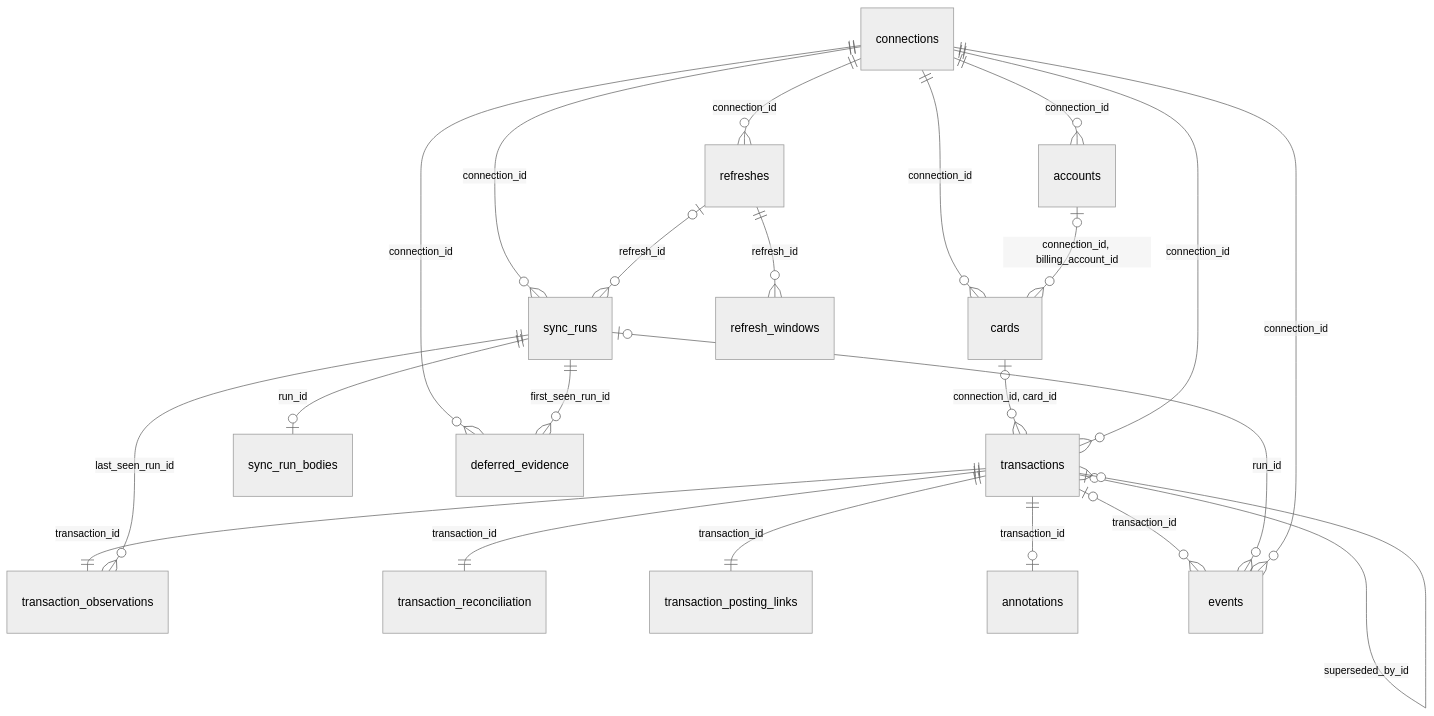
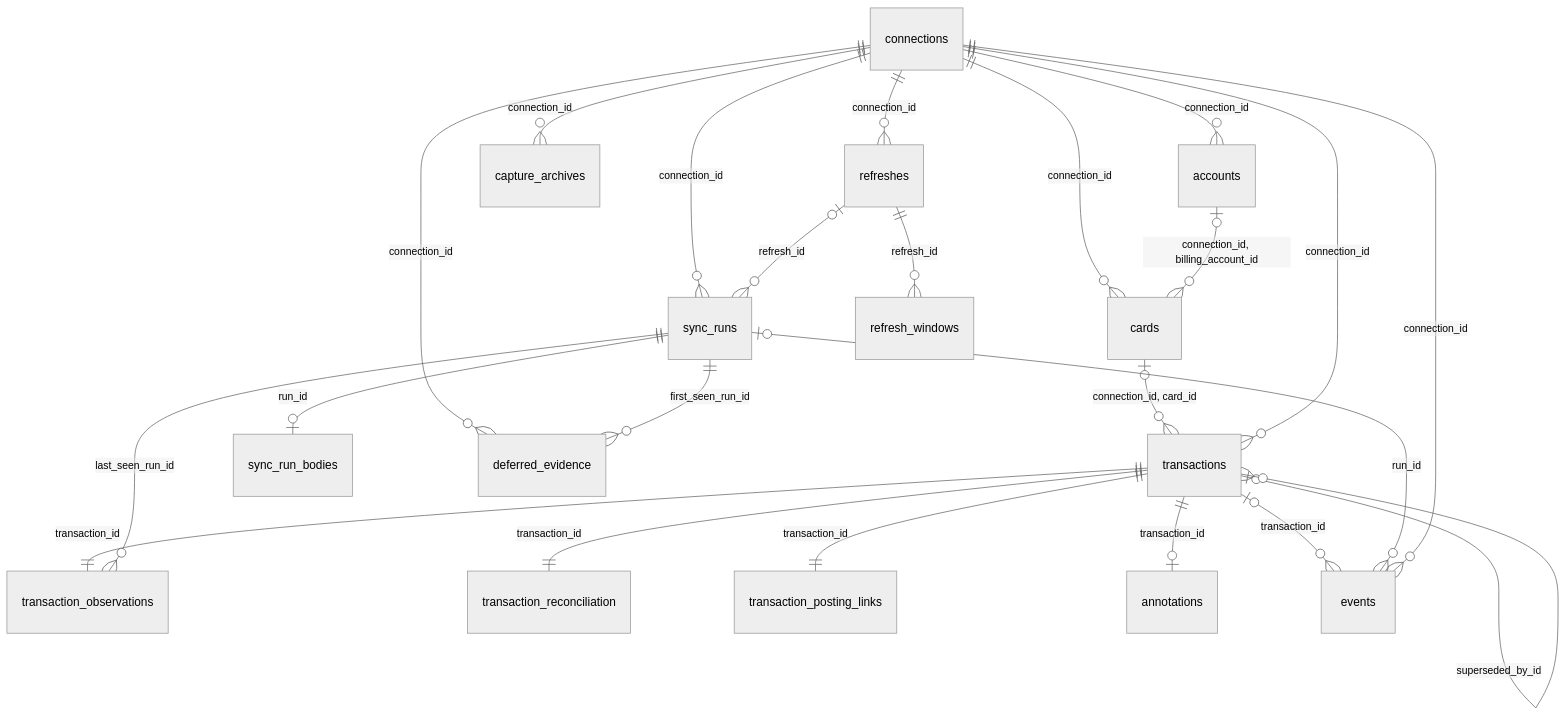
One commit to sagiba/fonds changed the diagram in docs/database.md. Above: the diagram before and after it, drawn with Mermaid (neutral theme). The commit also changed other lines of this file and 41 other files, not shown here.

````diff
--- a/docs/database.md
+++ b/docs/database.md
@@ -49,25 +49,26 @@
 ```mermaid
 erDiagram
   connections ||--o{ accounts : connection_id
   connections ||--o{ cards : connection_id
   accounts o|--o{ cards : "connection_id, billing_account_id"
   cards o|--o{ transactions : "connection_id, card_id"
   connections ||--o{ sync_runs : connection_id
   connections ||--o{ transactions : connection_id
   transactions ||--|| transaction_observations : transaction_id
   sync_runs ||--o{ transaction_observations : last_seen_run_id
   transactions ||--|| transaction_reconciliation : transaction_id
   transactions ||--|| transaction_posting_links : transaction_id
   sync_runs ||--o| sync_run_bodies : run_id
+  connections ||--o{ capture_archives : connection_id
   connections ||--o{ deferred_evidence : connection_id
   sync_runs ||--o{ deferred_evidence : first_seen_run_id
   connections ||--o{ refreshes : connection_id
   refreshes ||--o{ refresh_windows : refresh_id
   refreshes o|--o{ sync_runs : refresh_id
   transactions ||--o| annotations : transaction_id
   transactions o|--o{ events : transaction_id
   sync_runs o|--o{ events : run_id
   connections ||--o{ events : connection_id
   transactions o|--o{ transactions : "connection_id, purchase_id"
   transactions o|--o{ transactions : superseded_by_id
 ```
````
